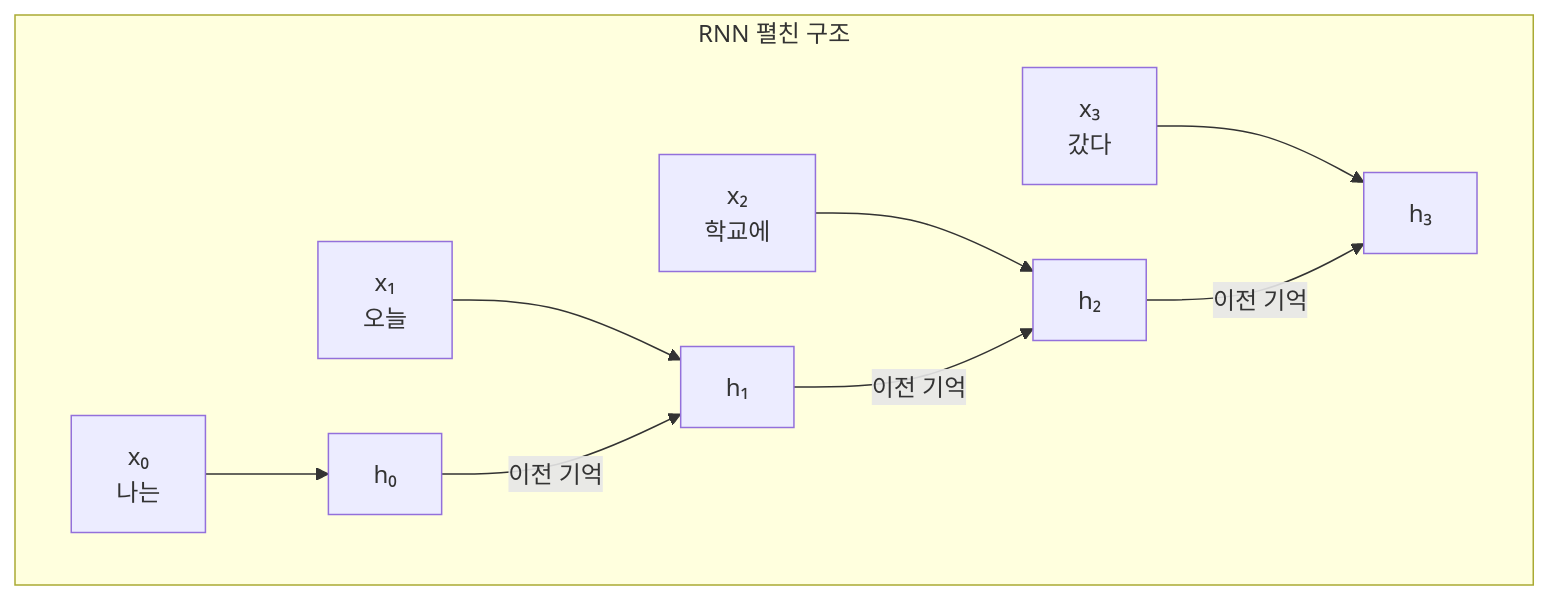
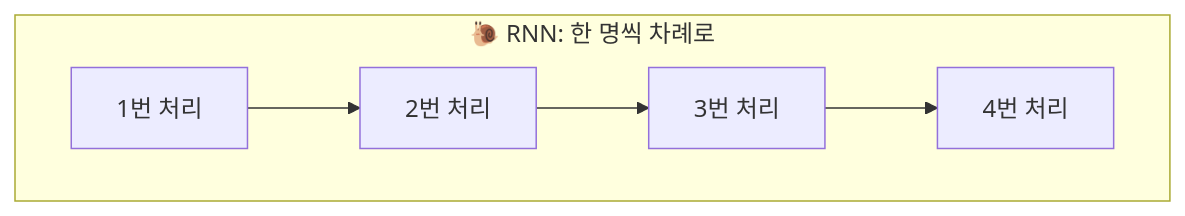
Before and after one commit to LeeSeogMin/2026NLP: the sixth of 14 diagrams in docs/ch3A.md, drawn with Mermaid. The commit also changed other lines of this file and 1 other file, not shown here.

````diff
--- a/docs/ch3A.md
+++ b/docs/ch3A.md
@@ -183,13 +318,7 @@
 ```mermaid
-flowchart LR
-    subgraph RNN["RNN 펼친 구조"]
+graph LR
+    subgraph RNN_순차["🐌 RNN: 한 명씩 차례로"]
         direction LR
-        X0["x₀<br/>나는"] --> H0["h₀"]
-        X1["x₁<br/>오늘"] --> H1["h₁"]
-        X2["x₂<br/>학교에"] --> H2["h₂"]
-        X3["x₃<br/>갔다"] --> H3["h₃"]
-        H0 -->|"이전 기억"| H1
-        H1 -->|"이전 기억"| H2
-        H2 -->|"이전 기억"| H3
+        R1["1번 처리"] --> R2["2번 처리"] --> R3["3번 처리"] --> R4["4번 처리"]
     end
 ```
````
